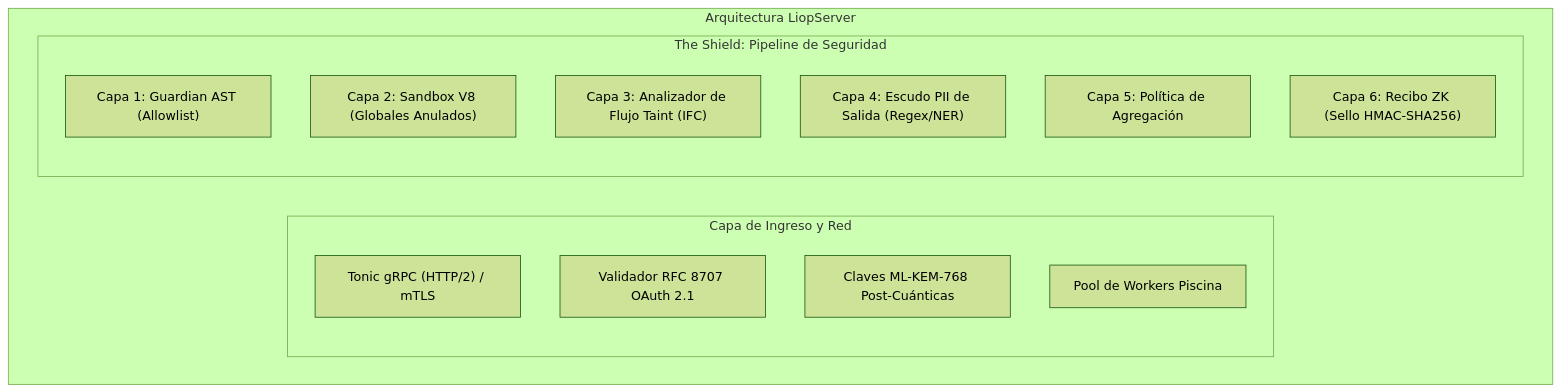
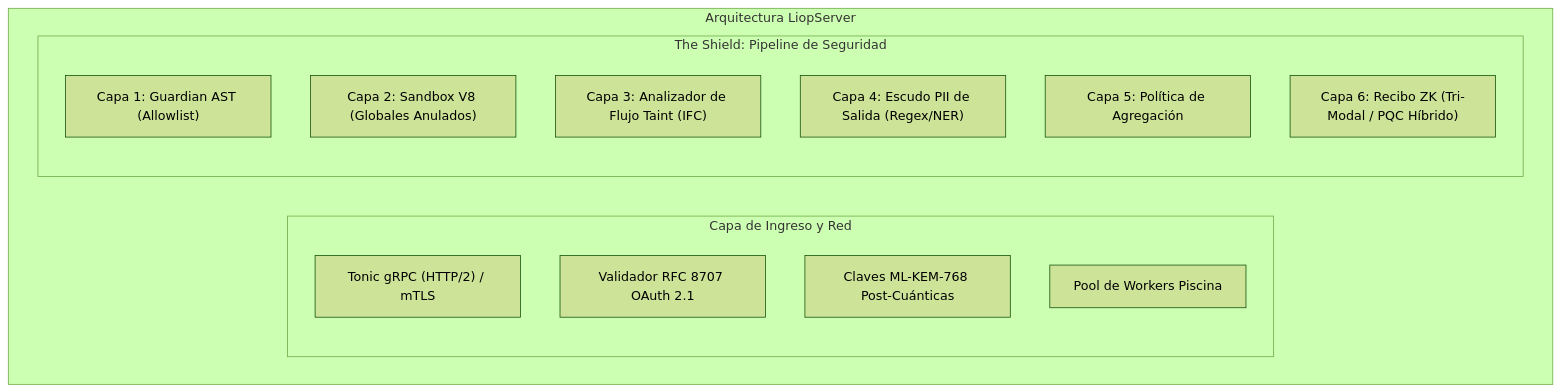
Before and after one commit to Nekzus/LIOP: the diagram in docs/es/typescript-sdk/server.mdx, drawn with Mermaid (forest theme). The commit also changed other lines of this file and 19 other files, not shown here.

````diff
--- a/docs/es/typescript-sdk/server.mdx
+++ b/docs/es/typescript-sdk/server.mdx
@@ -12,20 +12,20 @@
 ```mermaid
 flowchart TD
     subgraph Server["Arquitectura LiopServer"]
         direction LR
         subgraph Ingress["Capa de Ingreso y Red"]
             I1["Tonic gRPC (HTTP/2) / mTLS"]
             I2["Validador RFC 8707 OAuth 2.1"]
             I3["Claves ML-KEM-768 Post-Cuánticas"]
             I4["Pool de Workers Piscina"]
         end
         subgraph Shield["The Shield: Pipeline de Seguridad"]
             S1["Capa 1: Guardian AST (Allowlist)"]
             S2["Capa 2: Sandbox V8 (Globales Anulados)"]
             S3["Capa 3: Analizador de Flujo Taint (IFC)"]
             S4["Capa 4: Escudo PII de Salida (Regex/NER)"]
             S5["Capa 5: Política de Agregación"]
-            S6["Capa 6: Recibo ZK (Sello HMAC-SHA256)"]
+            S6["Capa 6: Recibo ZK (Tri-Modal / PQC Híbrido)"]
         end
     end
 ```
````
